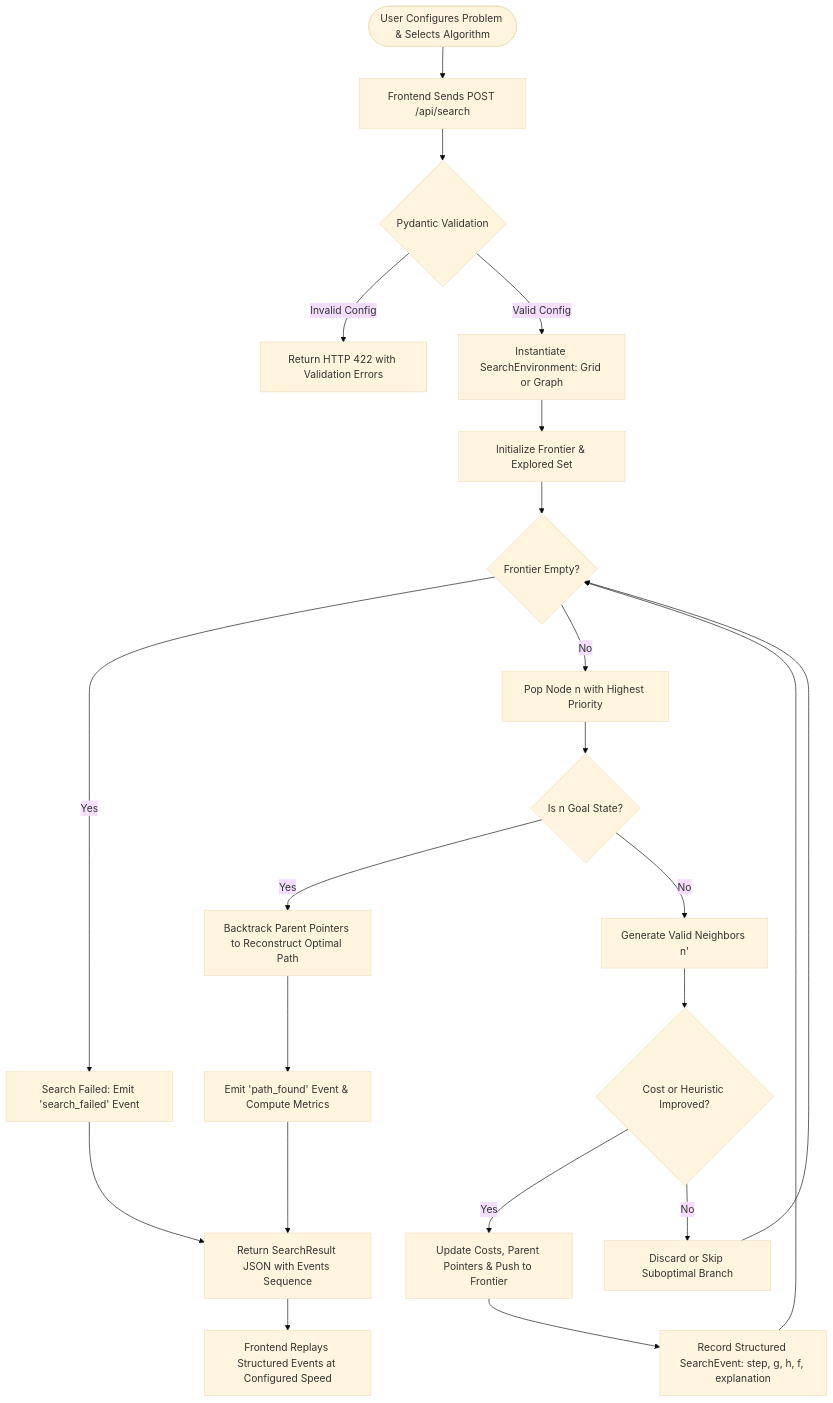
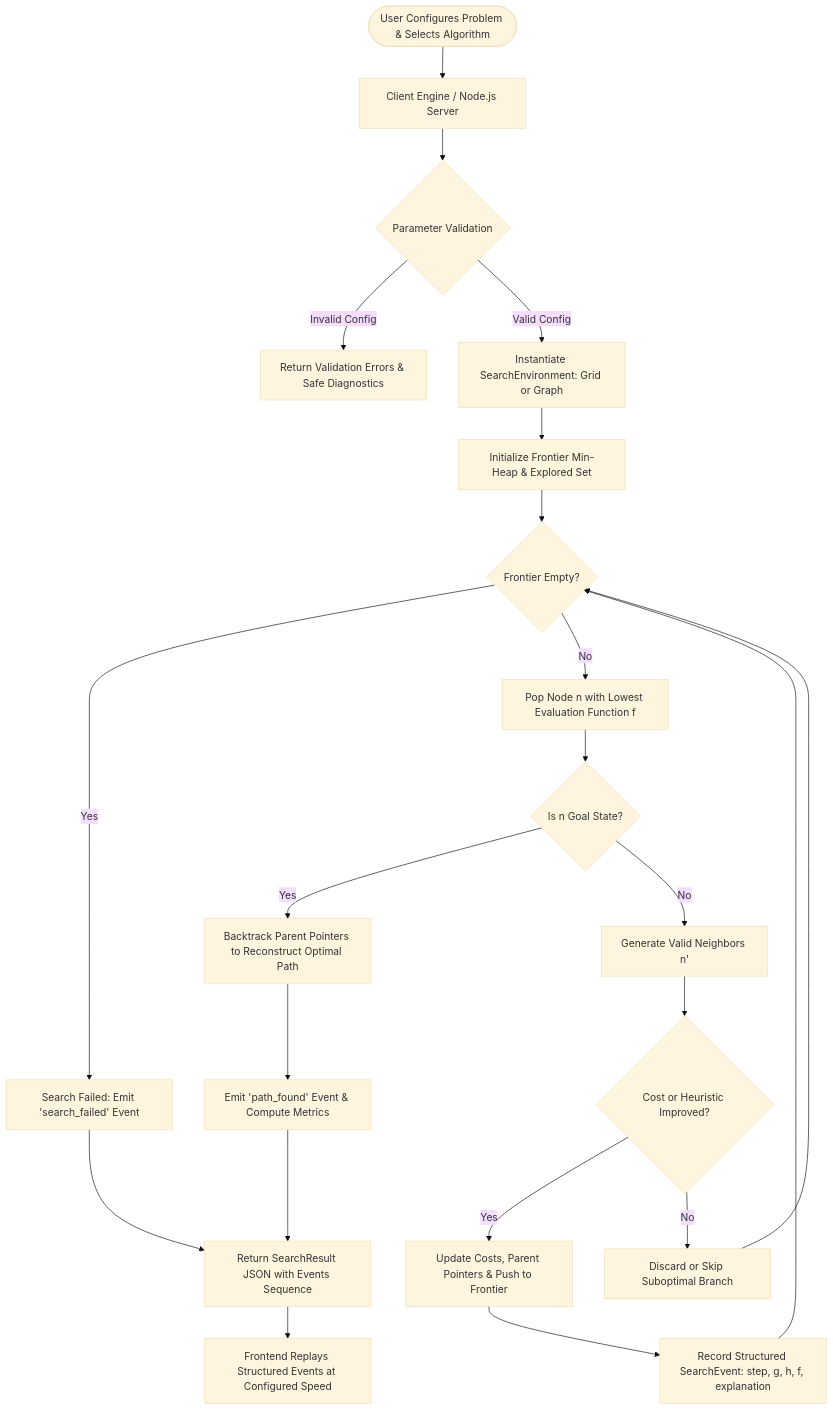
The second of 2 diagrams in README.md (rithvicreddyc-ship-it/ai-search-lab), drawn with Mermaid (base theme) before and after one commit. The commit also changed other lines of this file, not shown here.

Commit message:
docs: update README with 16 tutorial modules, benchmark suites, and pure Node.js/TS architecture

````diff
--- a/README.md
+++ b/README.md
@@ -91,24 +98,24 @@
 ```mermaid
 flowchart TD
-    A([User Configures Problem & Selects Algorithm]) --> B[Frontend Sends POST /api/search]
-    B --> C{Pydantic Validation}
-    C -->|Invalid Config| D[Return HTTP 422 with Validation Errors]
+    A([User Configures Problem & Selects Algorithm]) --> B[Client Engine / Node.js Server]
+    B --> C{Parameter Validation}
+    C -->|Invalid Config| D[Return Validation Errors & Safe Diagnostics]
     C -->|Valid Config| E[Instantiate SearchEnvironment: Grid or Graph]
-    E --> F[Initialize Frontier & Explored Set]
+    E --> F[Initialize Frontier Min-Heap & Explored Set]
     F --> G{Frontier Empty?}
     G -->|Yes| H[Search Failed: Emit 'search_failed' Event]
-    G -->|No| I[Pop Node n with Highest Priority]
+    G -->|No| I[Pop Node n with Lowest Evaluation Function f]
     I --> J{Is n Goal State?}
     J -->|Yes| K[Backtrack Parent Pointers to Reconstruct Optimal Path]
     K --> L[Emit 'path_found' Event & Compute Metrics]
     J -->|No| M[Generate Valid Neighbors n']
     M --> N{Cost or Heuristic Improved?}
     N -->|Yes| O[Update Costs, Parent Pointers & Push to Frontier]
     N -->|No| P[Discard or Skip Suboptimal Branch]
     O --> Q[Record Structured SearchEvent: step, g, h, f, explanation]
     P --> G
     Q --> G
     L --> R[Return SearchResult JSON with Events Sequence]
     H --> R
     R --> S[Frontend Replays Structured Events at Configured Speed]
 ```
````
